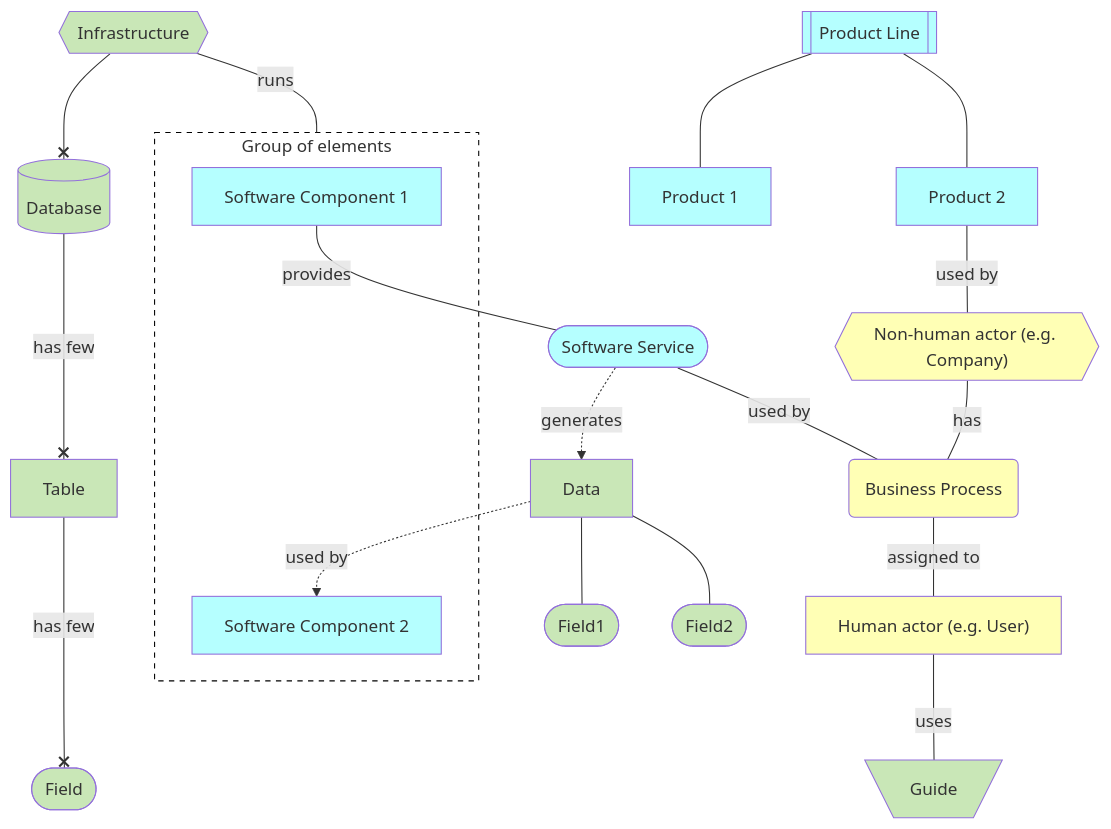
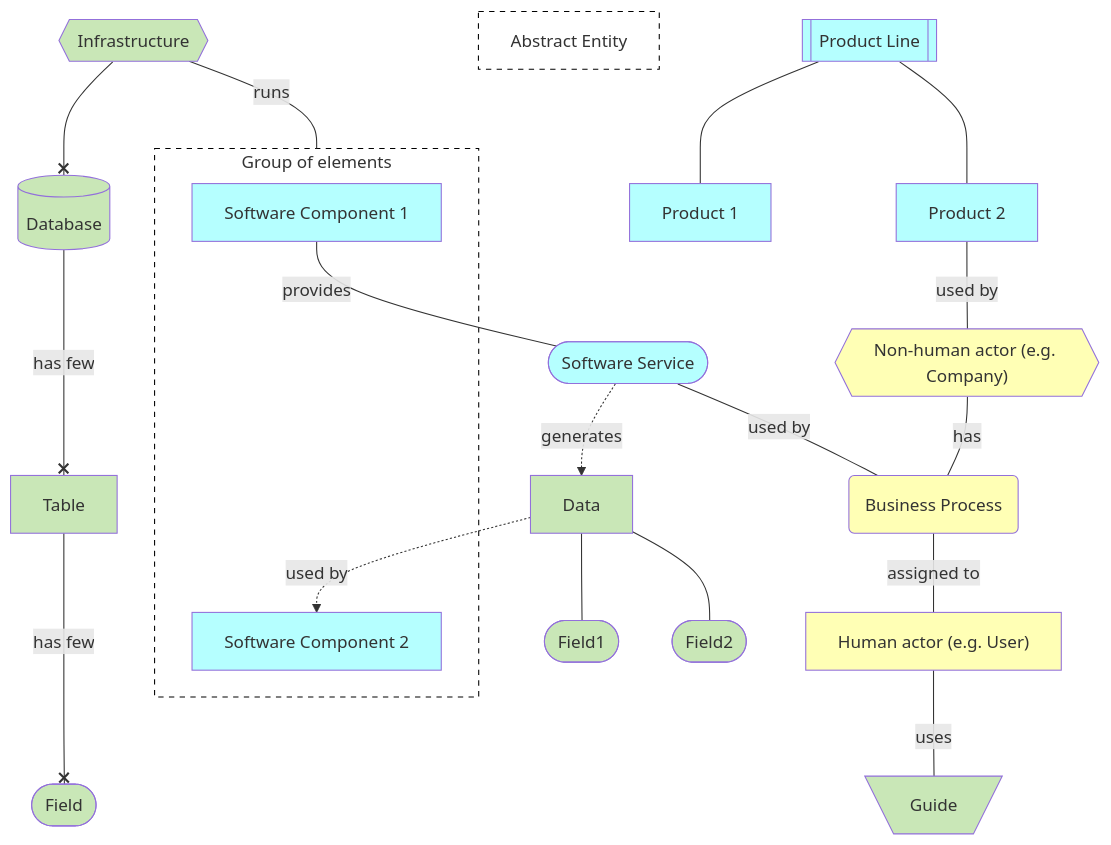
One commit to voedger/voedger-docs changed the diagram in concepts/notation.md. Above: the diagram before and after it, drawn with Mermaid.

Commit message:
Add AbstractEntity to notation.md

````diff
--- a/concepts/notation.md
+++ b/concepts/notation.md
@@ -7,62 +7,63 @@
 ```mermaid
 graph TD
 
   %% Entities =================================
 
   Infrastructure{{Infrastructure}}:::H
   Database[(Database)]:::H
   Table:::H
   Field([Field]):::H
   Data:::H
   DataField1([Field1]):::H
   DataField2([Field2]):::H
+  AbstractEntity[Abstract Entity]:::G
 
   Guide[\Guide/]:::H
 
   ProductLine[[Product Line]]:::S
     ProductLine --- Product1[Product 1]:::S
     ProductLine --- Product2[Product 2]:::S
 
   SoftwareComponents:::G
   subgraph SoftwareComponents[Group of elements]
     SoftwareComponent[Software Component 1]:::S
     SoftwareComponent2[Software Component 2]:::S
   end
   
   SoftwareService([Software Service]):::S  
   
   User["Human actor (e.g. User)"]:::B
   Company{{"Non-human actor (e.g. Company)"}}:::B
   BusinessProcess(Business Process):::B
 
 
   %% Relations =================================
 
   Infrastructure ---|runs| SoftwareComponents
 
   SoftwareComponent --- |provides| SoftwareService
 
   Infrastructure --x Database
   Database ---x|has few| Table
   Table ---x|has few| Field
 
   SoftwareService -.->|generates| Data
 
   SoftwareService --- |used by| BusinessProcess
   BusinessProcess --- |assigned to| User
 
   User --- |uses| Guide
 
   Data -.->|used by| SoftwareComponent2
 
   Data --- DataField1
   Data --- DataField2
-
+  
   Product2 --- |used by| Company
   Company --- |has| BusinessProcess
 
   classDef G fill:#FFFFFF,stroke:#000000, stroke-width:1px, stroke-dasharray: 5 5
   classDef B fill:#FFFFB5,color:#333
   classDef S fill:#B5FFFF
   classDef H fill:#C9E7B7
 ```
````
